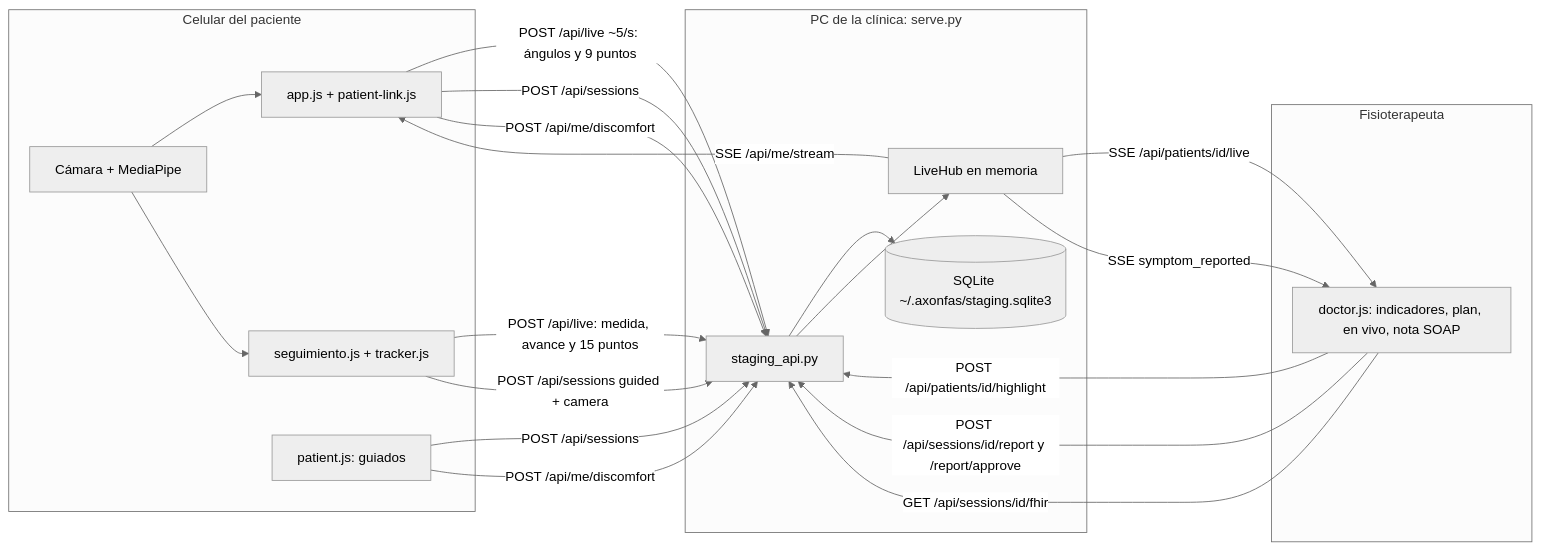
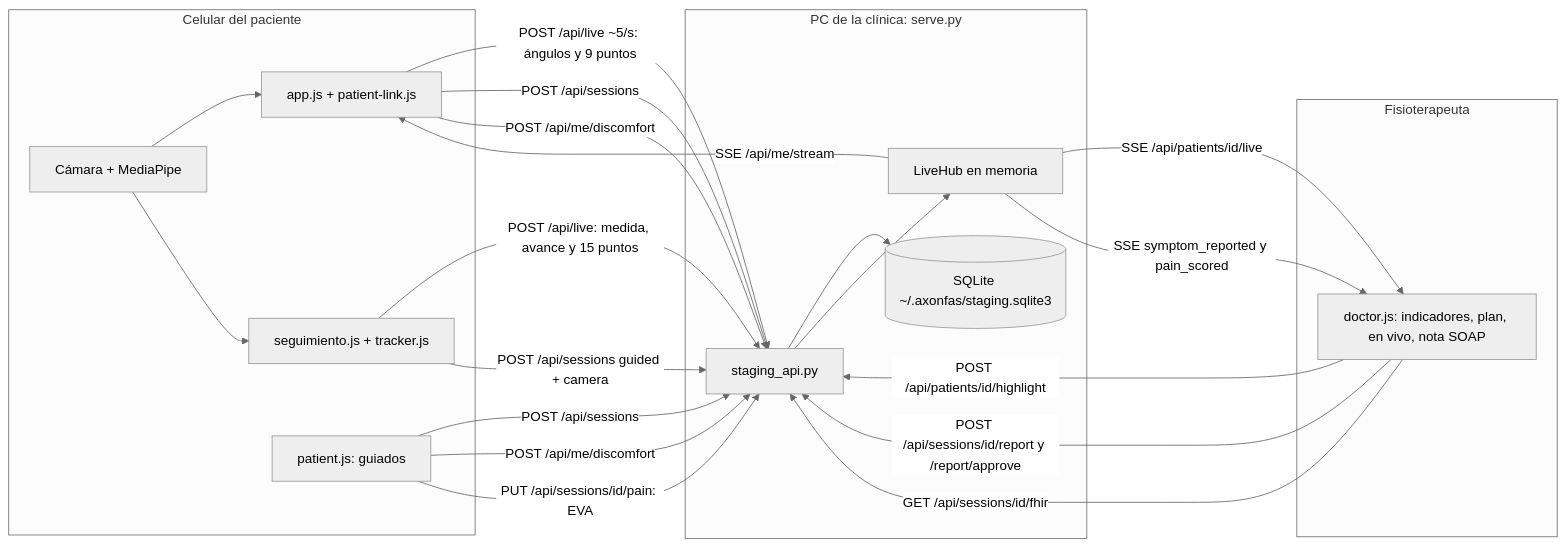
One commit to JoseFM2808/AXONFAS changed the second of 4 diagrams in .ai-context/02-architecture.md. Above: the diagram before and after it, drawn with Mermaid (neutral theme). The commit also changed other lines of this file and 27 other files, not shown here.

````diff
--- a/.ai-context/02-architecture.md
+++ b/.ai-context/02-architecture.md
@@ -150,31 +150,32 @@
 ```mermaid
 flowchart LR
     subgraph pac [Celular del paciente]
         CAMP[Cámara + MediaPipe] --> APP[app.js + patient-link.js]
         CAMP --> TRK[seguimiento.js + tracker.js]
         GUI[patient.js: guiados]
     end
     subgraph pc [PC de la clínica: serve.py]
         API[staging_api.py]
         HUB[LiveHub en memoria]
         DB[(SQLite ~/.axonfas/staging.sqlite3)]
         API --> DB
         API --> HUB
     end
     subgraph fis [Fisioterapeuta]
         DOC[doctor.js: indicadores, plan, en vivo, nota SOAP]
     end
     APP -->|POST /api/live ~5/s: ángulos y 9 puntos| API
     APP -->|POST /api/sessions| API
     TRK -->|POST /api/live: medida, avance y 15 puntos| API
     TRK -->|POST /api/sessions guided + camera| API
     GUI -->|POST /api/sessions| API
     GUI -->|POST /api/me/discomfort| API
+    GUI -->|PUT /api/sessions/id/pain: EVA| API
     APP -->|POST /api/me/discomfort| API
     HUB -->|SSE /api/patients/id/live| DOC
     DOC -->|POST /api/patients/id/highlight| API
     DOC -->|POST /api/sessions/id/report y /report/approve| API
     DOC -->|GET /api/sessions/id/fhir| API
-    HUB -->|SSE symptom_reported| DOC
+    HUB -->|SSE symptom_reported y pain_scored| DOC
     HUB -->|SSE /api/me/stream| APP
 ```
````
